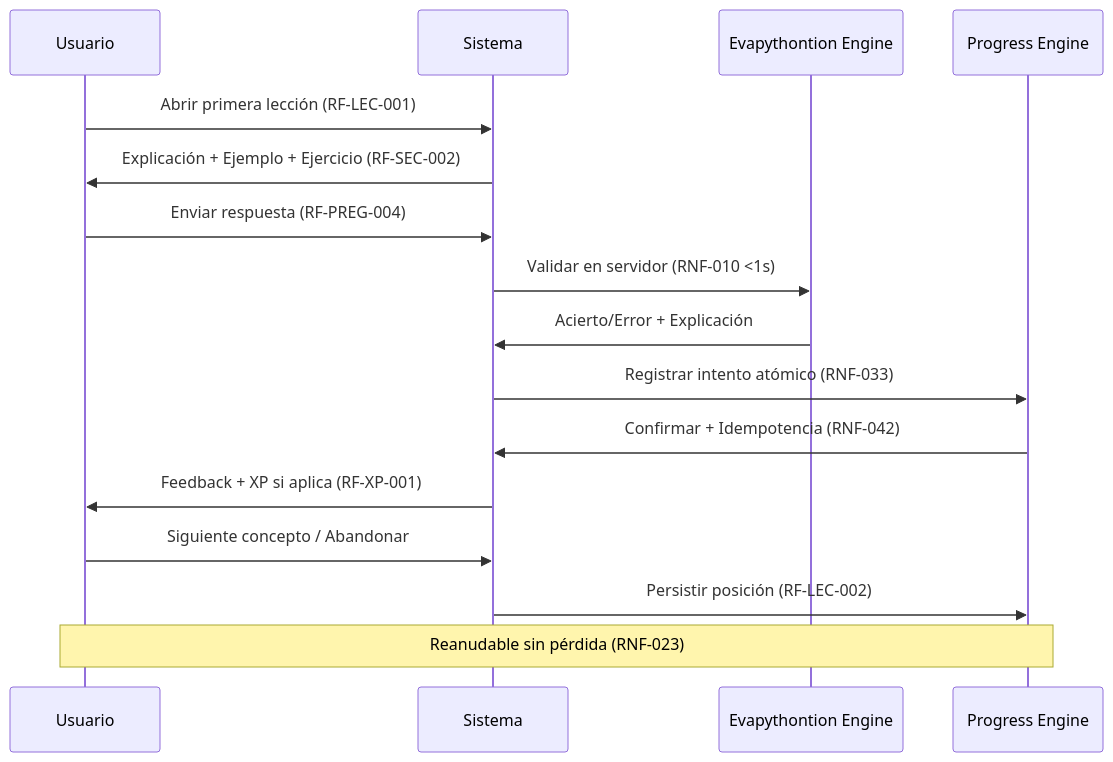
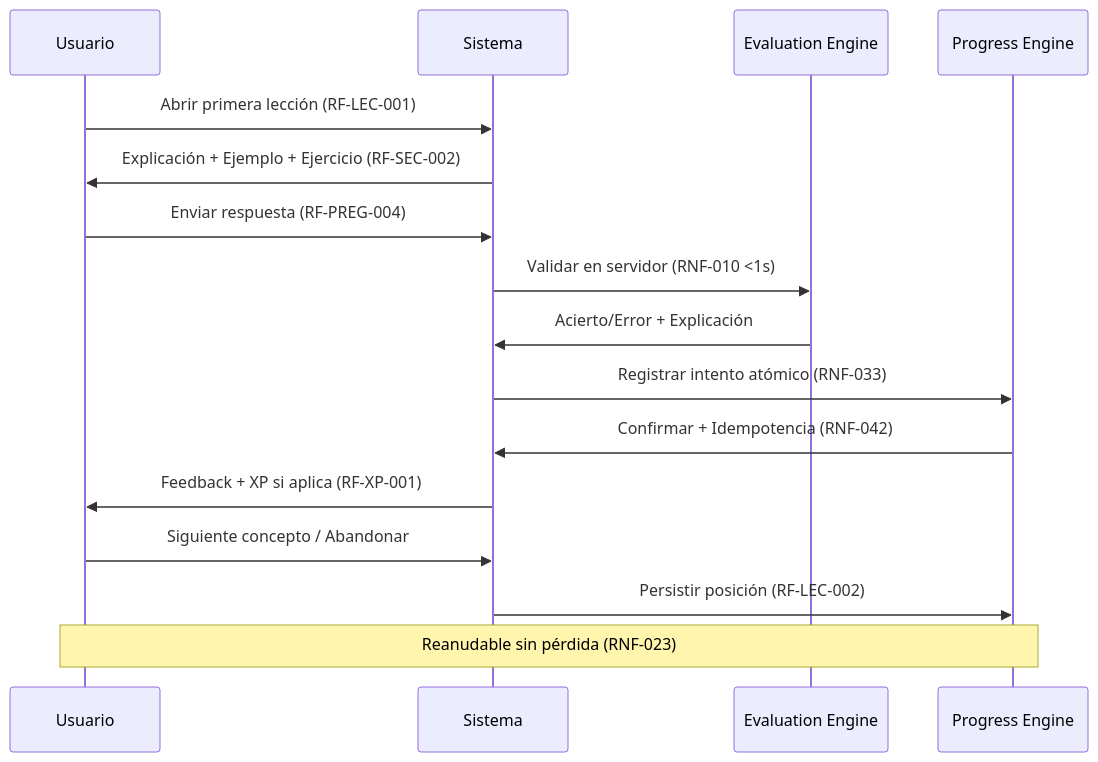
One commit to dypok/Koda changed the sixth of 17 diagrams in docs/02-requisitos-ux/09_USER_FLOWS.md. Above: the diagram before and after it, drawn with Mermaid. The commit also changed other lines of this file and 36 other files, not shown here.

````diff
--- a/docs/02-requisitos-ux/09_USER_FLOWS.md
+++ b/docs/02-requisitos-ux/09_USER_FLOWS.md
@@ -365,19 +365,19 @@
 ```mermaid
 sequenceDiagram
     participant U as Usuario
     participant S as Sistema
-    participant E as Evapythontion Engine
+    participant E as Evaluation Engine
     participant P as Progress Engine
 
     U->>S: Abrir primera lección (RF-LEC-001)
     S->>U: Explicación + Ejemplo + Ejercicio (RF-SEC-002)
     U->>S: Enviar respuesta (RF-PREG-004)
     S->>E: Validar en servidor (RNF-010 <1s)
     E->>S: Acierto/Error + Explicación
     S->>P: Registrar intento atómico (RNF-033)
     P->>S: Confirmar + Idempotencia (RNF-042)
     S->>U: Feedback + XP si aplica (RF-XP-001)
     U->>S: Siguiente concepto / Abandonar
     S->>P: Persistir posición (RF-LEC-002)
     Note over U,P: Reanudable sin pérdida (RNF-023)
 ```
````
